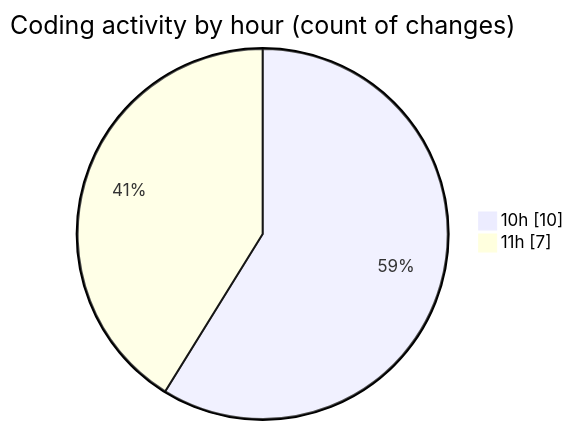
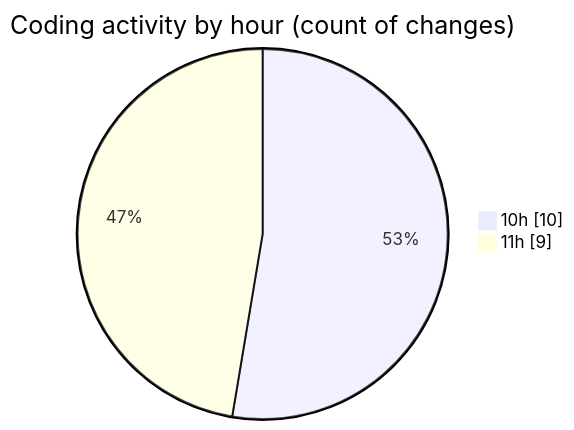
Before and after one commit to BS-eng2023/code-tracking: the second of 2 diagrams in 2025-03-31/jsvms/README.md, drawn with Mermaid. The commit also changed other lines of this file and 1 other file, not shown here.

````diff
--- a/2025-03-31/jsvms/README.md
+++ b/2025-03-31/jsvms/README.md
@@ -36,6 +36,6 @@
 ```mermaid
 pie showData
 title Coding activity by hour (count of changes)
 "10h" : 10
-"11h" : 7
+"11h" : 9
 ```
````
